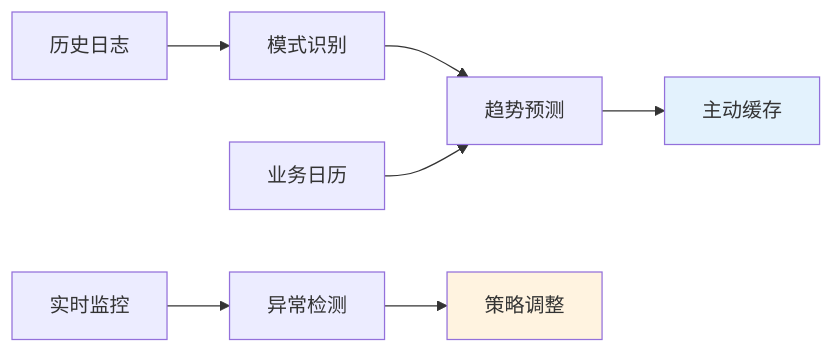
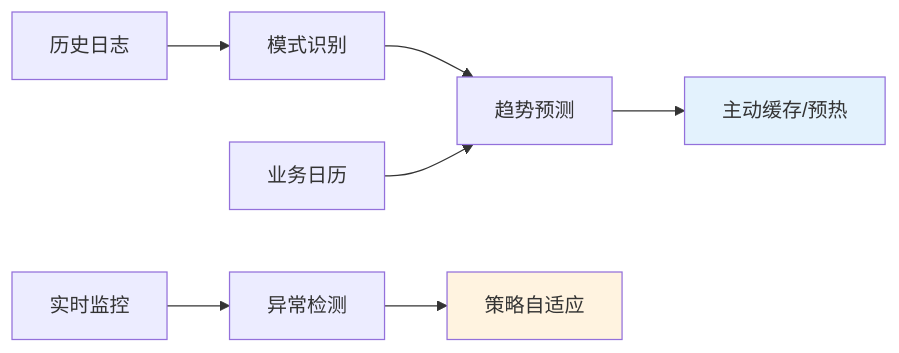
One commit to crazypenguincode/duckdb changed the second of 2 diagrams in md/第六章-总结与展望.md. Above: the diagram before and after it, drawn with Mermaid. The commit also changed other lines of this file, not shown here.

````diff
--- a/md/第六章-总结与展望.md
+++ b/md/第六章-总结与展望.md
@@ -81,11 +85,11 @@
 ```mermaid
 graph LR
     A[历史日志] --> B[模式识别]
     B --> C[趋势预测]
-    C --> D[主动缓存]
+    C --> D[主动缓存/预热]
     E[业务日历] --> C
     F[实时监控] --> G[异常检测]
-    G --> H[策略调整]
+    G --> H[策略自适应]
     style D fill:#e3f2fd
     style H fill:#fff3e0
 ```
````
